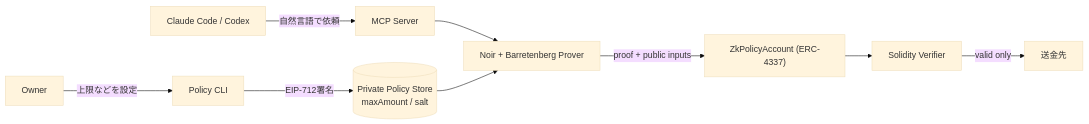
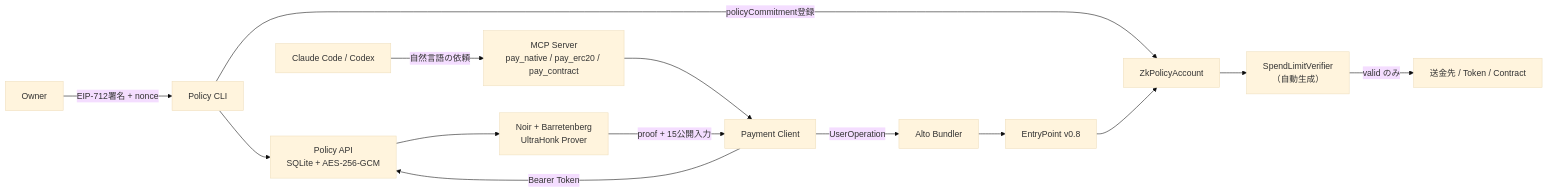
The second of 4 diagrams in slides/slides.md (Komlock-lab/zk-policy-poc), drawn with Mermaid (base theme) before and after one commit. The commit also changed other lines of this file, not shown here.

````diff
--- a/slides/slides.md
+++ b/slides/slides.md
@@ -89,21 +129,28 @@
-```mermaid {scale: 0.85}
+```mermaid {scale: 0.72}
 flowchart LR
     owner["Owner"]
+    cli["Policy CLI"]
+    api["Policy API<br/>SQLite + AES-256-GCM"]
     agent["Claude Code / Codex"]
-    cli["Policy CLI"]
-    mcp["MCP Server"]
-    store[("Private Policy Store\nmaxAmount / salt")]
-    prover["Noir + Barretenberg Prover"]
-    account["ZkPolicyAccount (ERC-4337)"]
-    verifier["Solidity Verifier"]
-    target["送金先"]
+    mcp["MCP Server<br/>pay_native / pay_erc20 / pay_contract"]
+    client["Payment Client"]
+    prover["Noir + Barretenberg<br/>UltraHonk Prover"]
+    bundler["Alto Bundler"]
+    ep["EntryPoint v0.8"]
+    account["ZkPolicyAccount"]
+    verifier["SpendLimitVerifier<br/>（自動生成）"]
+    target["送金先 / Token / Contract"]
 
-    owner -->|"上限などを設定"| cli
-    cli -->|"EIP-712署名"| store
-    agent -->|"自然言語で依頼"| mcp
-    mcp --> prover
-    store --> prover
-    prover -->|"proof + public inputs"| account
+    owner -->|"EIP-712署名 + nonce"| cli
+    cli --> api
+    cli -->|"policyCommitment登録"| account
+    agent -->|"自然言語の依頼"| mcp
+    mcp --> client
+    client -->|"Bearer Token"| api
+    api --> prover
+    prover -->|"proof + 15公開入力"| client
+    client -->|"UserOperation"| bundler
+    bundler --> ep --> account
     account --> verifier
-    verifier -->|"valid only"| target
+    verifier -->|"valid のみ"| target
 ```
````
